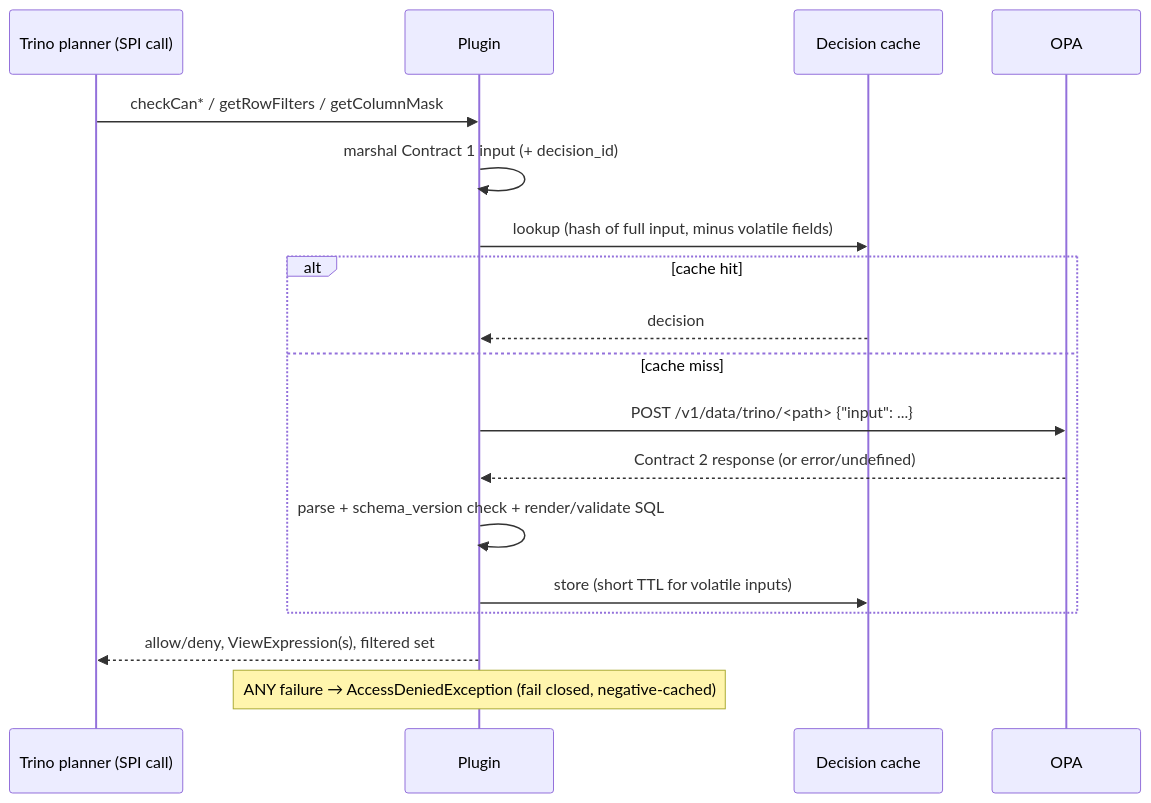
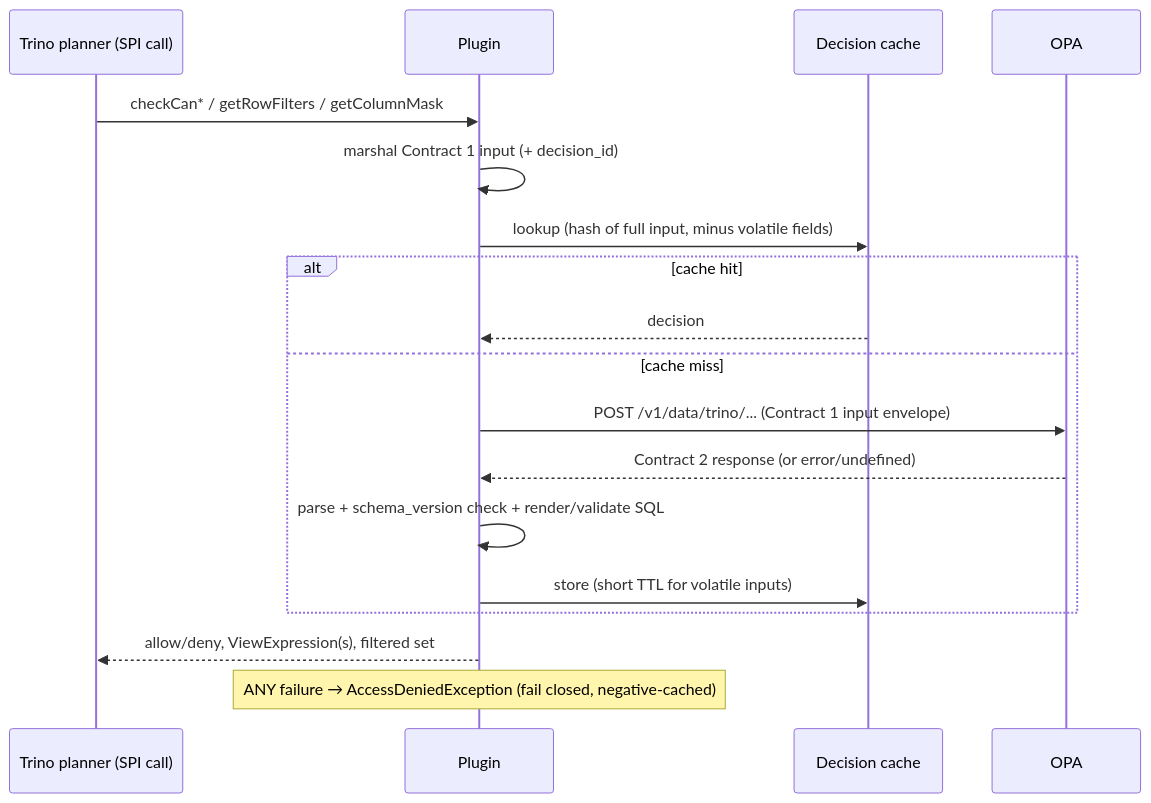
Before and after one commit to wpunit13/trino-opa-access-control: the second of 5 diagrams in docs/ARCHITECTURE.md, drawn with Mermaid. The commit also changed other lines of this file and 1 other file, not shown here.

Commit message:
ARCHITECTURE.md visualization changes.

````diff
--- a/docs/ARCHITECTURE.md
+++ b/docs/ARCHITECTURE.md
@@ -74,20 +84,20 @@
 ```mermaid
 sequenceDiagram
     participant Q as Trino planner (SPI call)
     participant P as Plugin
     participant C as Decision cache
     participant O as OPA
     Q->>P: checkCan* / getRowFilters / getColumnMask
     P->>P: marshal Contract 1 input (+ decision_id)
     P->>C: lookup (hash of full input, minus volatile fields)
     alt cache hit
         C-->>P: decision
     else cache miss
-        P->>O: POST /v1/data/trino/<path> {"input": ...}
+        P->>O: POST /v1/data/trino/... (Contract 1 input envelope)
         O-->>P: Contract 2 response (or error/undefined)
         P->>P: parse + schema_version check + render/validate SQL
         P->>C: store (short TTL for volatile inputs)
     end
     P-->>Q: allow/deny, ViewExpression(s), filtered set
     Note over P: ANY failure → AccessDeniedException (fail closed, negative-cached)
 ```
````
